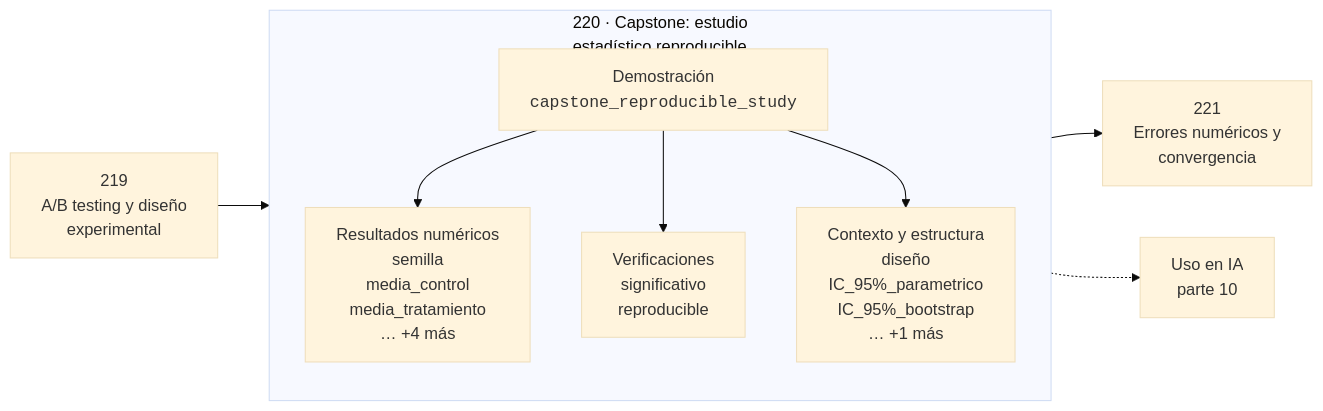
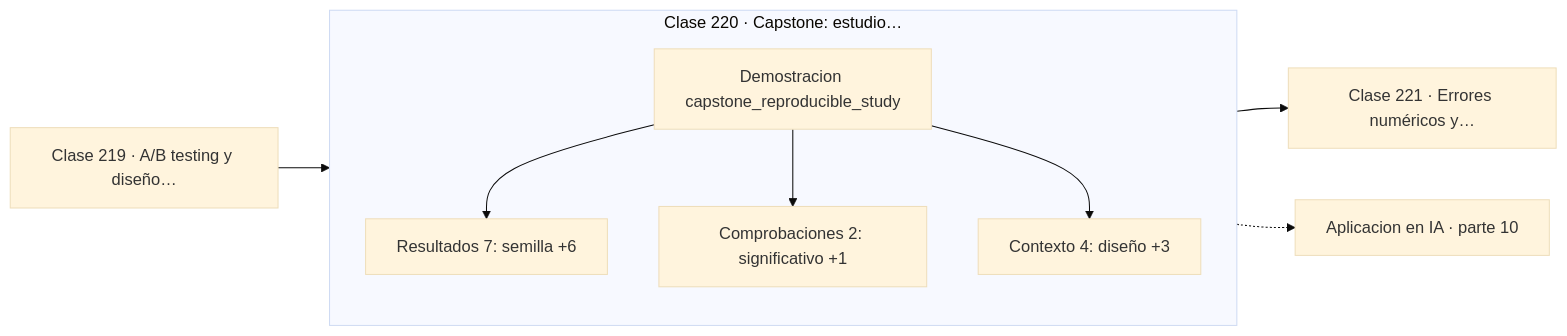
One commit to vladimiracunadev-create/computational-mathematics-program changed the diagram in classes/part-10-estadistica-e-inferencia/220-capstone-estudio-estadistico-reproducible/README.md. Above: the diagram before and after it, drawn with Mermaid (base theme). The commit also changed 389 other files, not shown here.

First line of the commit message:
fix(diagramas): elimina el HTML de las etiquetas Mermaid

````diff
--- a/classes/part-10-estadistica-e-inferencia/220-capstone-estudio-estadistico-reproducible/README.md
+++ b/classes/part-10-estadistica-e-inferencia/220-capstone-estudio-estadistico-reproducible/README.md
@@ -30,12 +30,13 @@
 ```mermaid
 flowchart LR
-    P["219<br/>A/B testing y diseño<br/>experimental"] --> C
-    subgraph C["220 · Capstone: estudio<br/>estadístico reproducible"]
+    P["Clase 219 · A/B testing y diseño…"] --> D
+    subgraph CLASE["Clase 220 · Capstone: estudio…"]
         direction TB
-        D["Demostración<br/><code>capstone_reproducible_study</code>"] --> R["Resultados numéricos<br/>semilla<br/>media_control<br/>media_tratamiento<br/>… +4 más"]
-        D --> V["Verificaciones<br/>significativo<br/>reproducible"]
-        D --> O["Contexto y estructura<br/>diseño<br/>IC_95%_parametrico<br/>IC_95%_bootstrap<br/>… +1 más"]
+        D["Demostracion capstone_reproducible_study"]
+        D --> R["Resultados 7: semilla +6"]
+        D --> V["Comprobaciones 2: significativo +1"]
+        D --> O["Contexto 4: diseño +3"]
     end
-    C --> N["221<br/>Errores numéricos y<br/>convergencia"]
-    C -.-> IA["Uso en IA<br/>parte 10"]
+    R --> N["Clase 221 · Errores numéricos y…"]
+    V -.-> IA["Aplicacion en IA · parte 10"]
 ```
````
